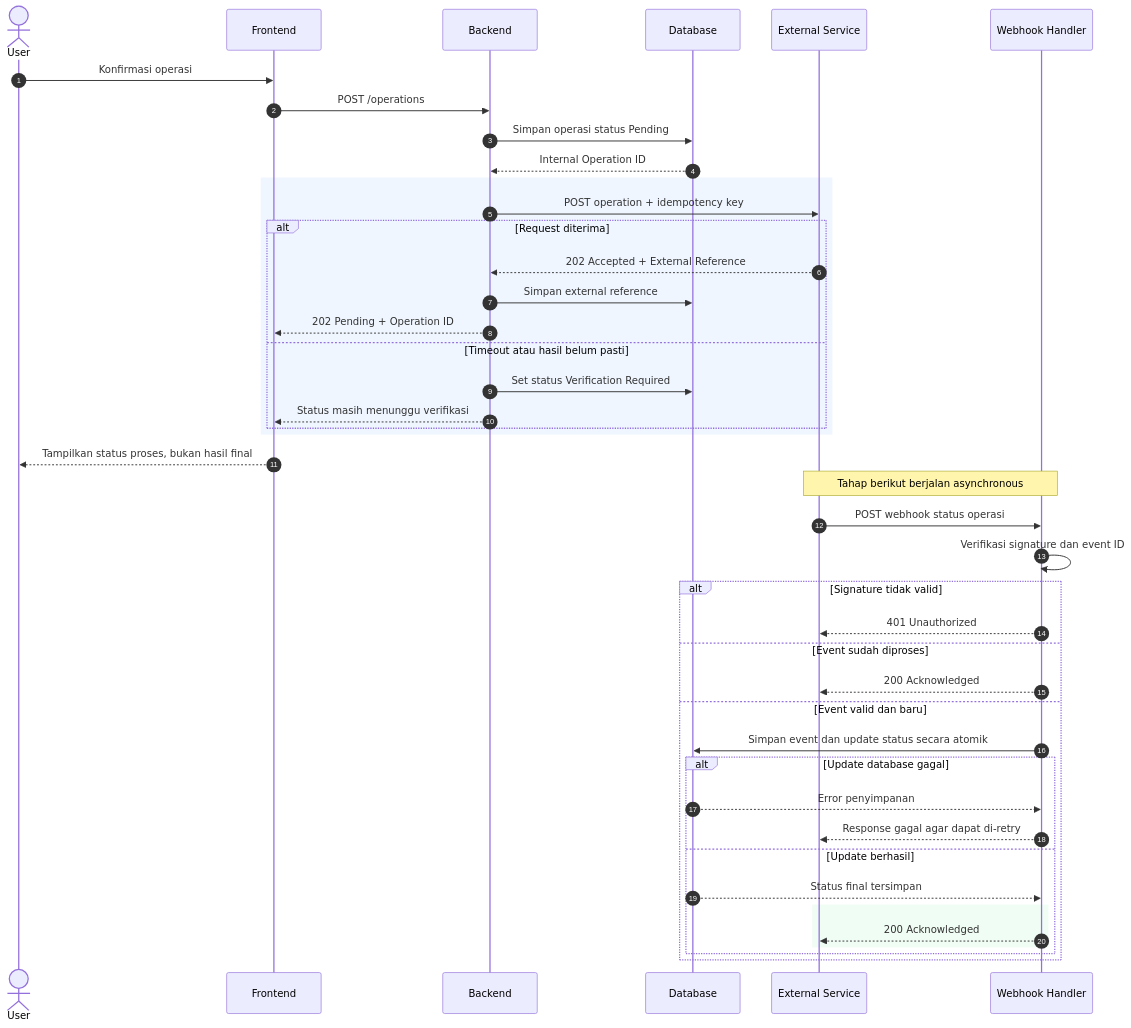
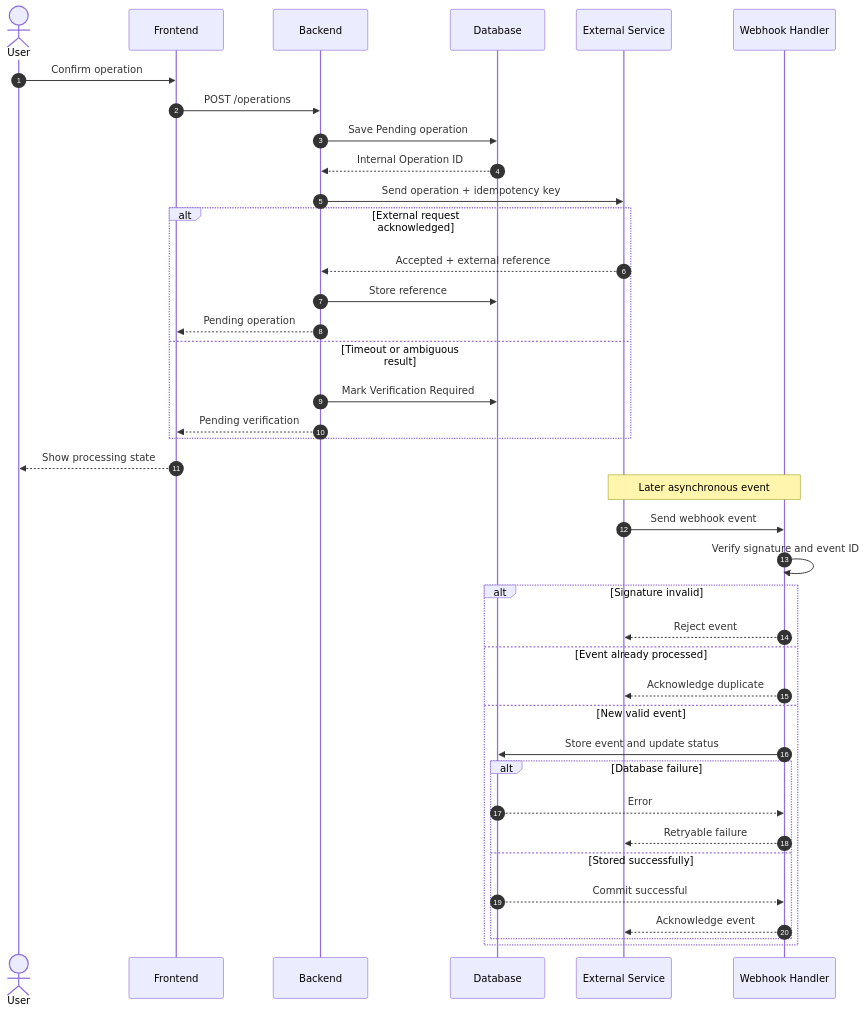
The third of 3 diagrams in docs/sequence-diagrams.md (Ducklazy231/system-analysis-skill), drawn with Mermaid before and after one commit. The commit also changed other lines of this file, not shown here.

Commit message:
docs: rewrite docs/sequence-diagrams.md with English-first guidance

````diff
--- a/docs/sequence-diagrams.md
+++ b/docs/sequence-diagrams.md
@@ -140,47 +99,41 @@
 ```mermaid
 sequenceDiagram
     autonumber
-    actor U as User
+    actor User
     participant FE as Frontend
     participant BE as Backend
     participant DB as Database
     participant EXT as External Service
     participant WH as Webhook Handler
-
-    U->>FE: Konfirmasi operasi
+    User->>FE: Confirm operation
     FE->>BE: POST /operations
-    BE->>DB: Simpan operasi status Pending
+    BE->>DB: Save Pending operation
     DB-->>BE: Internal Operation ID
-    rect rgb(239, 246, 255)
-        BE->>EXT: POST operation + idempotency key
-        alt Request diterima
-            EXT-->>BE: 202 Accepted + External Reference
-            BE->>DB: Simpan external reference
-            BE-->>FE: 202 Pending + Operation ID
-        else Timeout atau hasil belum pasti
-            BE->>DB: Set status Verification Required
-            BE-->>FE: Status masih menunggu verifikasi
-        end
+    BE->>EXT: Send operation + idempotency key
+    alt External request acknowledged
+        EXT-->>BE: Accepted + external reference
+        BE->>DB: Store reference
+        BE-->>FE: Pending operation
+    else Timeout or ambiguous result
+        BE->>DB: Mark Verification Required
+        BE-->>FE: Pending verification
     end
-    FE-->>U: Tampilkan status proses, bukan hasil final
-
-    Note over EXT,WH: Tahap berikut berjalan asynchronous
-    EXT->>WH: POST webhook status operasi
-    WH->>WH: Verifikasi signature dan event ID
-    alt Signature tidak valid
-        WH-->>EXT: 401 Unauthorized
-    else Event sudah diproses
-        WH-->>EXT: 200 Acknowledged
-    else Event valid dan baru
-        WH->>DB: Simpan event dan update status secara atomik
-        alt Update database gagal
-            DB-->>WH: Error penyimpanan
-            WH-->>EXT: Response gagal agar dapat di-retry
-        else Update berhasil
-            DB-->>WH: Status final tersimpan
-            rect rgb(240, 253, 244)
-                WH-->>EXT: 200 Acknowledged
-            end
+    FE-->>User: Show processing state
+    Note over EXT,WH: Later asynchronous event
+    EXT->>WH: Send webhook event
+    WH->>WH: Verify signature and event ID
+    alt Signature invalid
+        WH-->>EXT: Reject event
+    else Event already processed
+        WH-->>EXT: Acknowledge duplicate
+    else New valid event
+        WH->>DB: Store event and update status
+        alt Database failure
+            DB-->>WH: Error
+            WH-->>EXT: Retryable failure
+        else Stored successfully
+            DB-->>WH: Commit successful
+            WH-->>EXT: Acknowledge event
         end
     end
 ```
````
